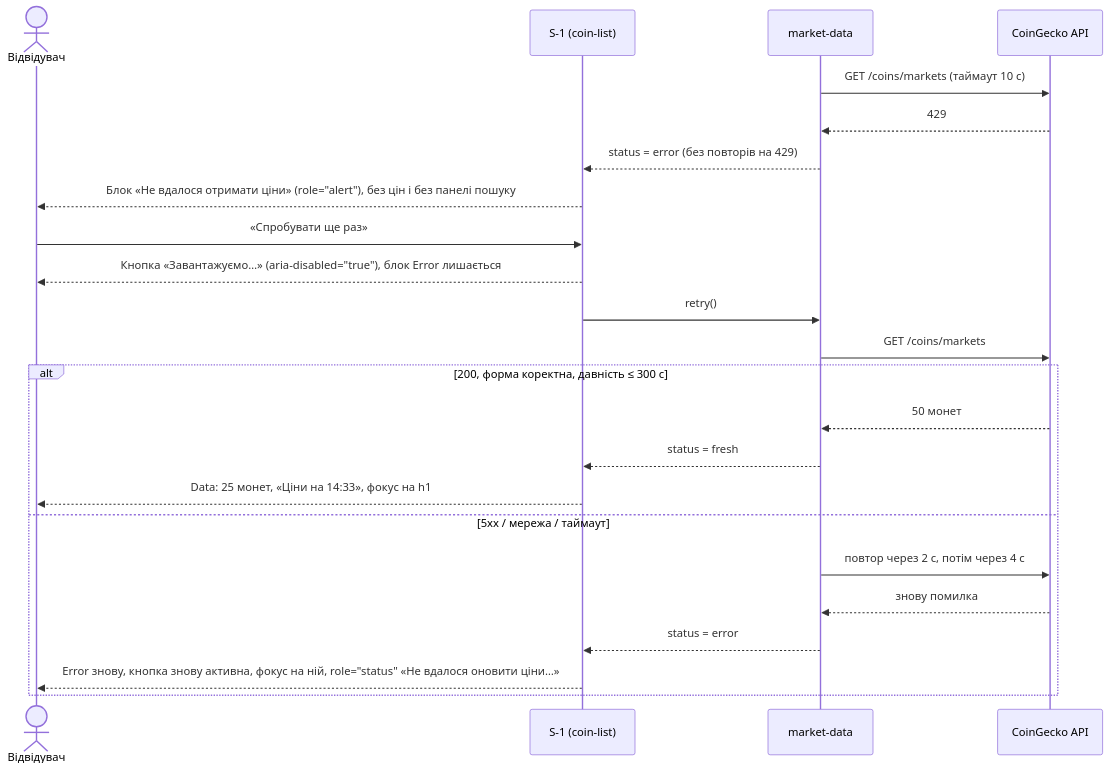
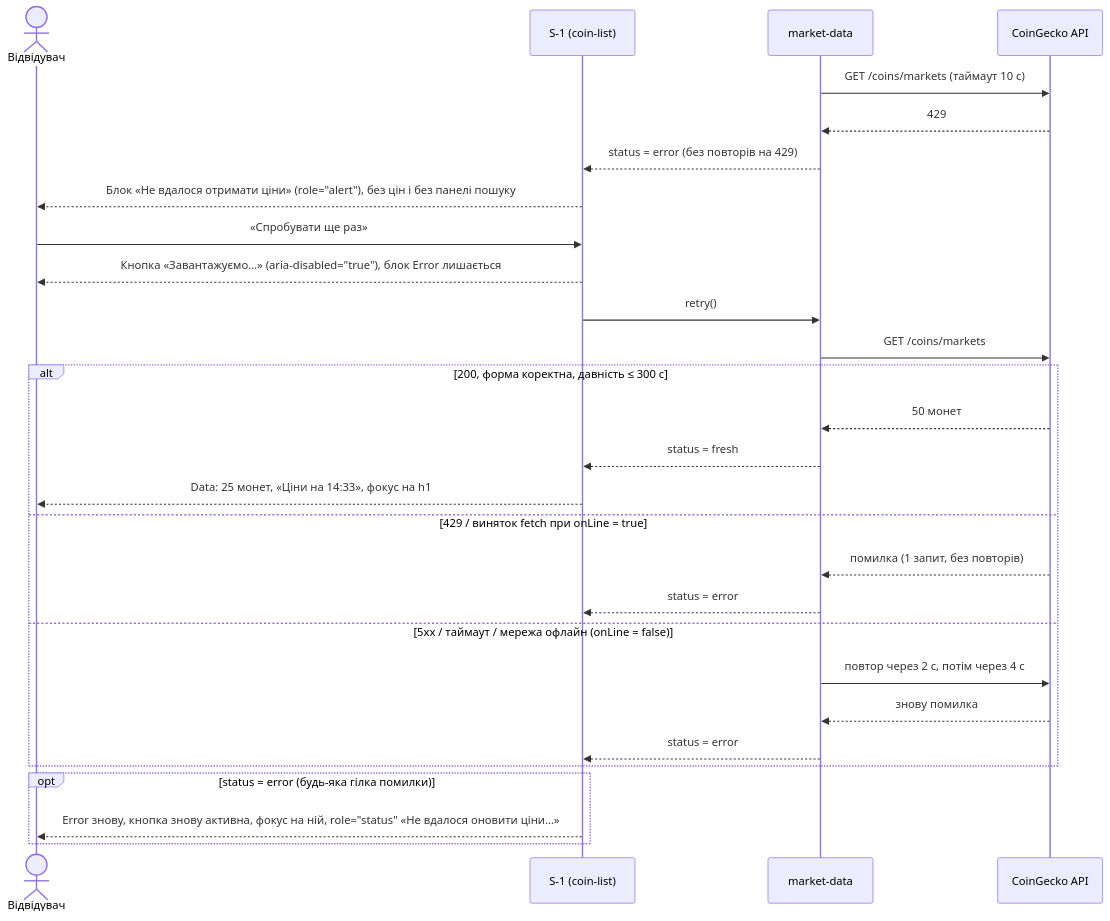
One commit to ivangithubed/crypto-radar changed the second of 5 diagrams in .agentic/specs/04-ux-and-contract.md. Above: the diagram before and after it, drawn with Mermaid. The commit also changed other lines of this file and 2 other files, not shown here.

Commit message:
docs(stage-4): align network error retries with client after bug-001

````diff
--- a/.agentic/specs/04-ux-and-contract.md
+++ b/.agentic/specs/04-ux-and-contract.md
@@ -386,25 +386,30 @@
 ```mermaid
 sequenceDiagram
     actor V as Відвідувач
     participant UI as S-1 (coin-list)
     participant MD as market-data
     participant CG as CoinGecko API
     MD->>CG: GET /coins/markets (таймаут 10 с)
     CG-->>MD: 429
     MD-->>UI: status = error (без повторів на 429)
     UI-->>V: Блок «Не вдалося отримати ціни» (role="alert"), без цін і без панелі пошуку
     V->>UI: «Спробувати ще раз»
     UI-->>V: Кнопка «Завантажуємо…» (aria-disabled="true"), блок Error лишається
     UI->>MD: retry()
     MD->>CG: GET /coins/markets
     alt 200, форма коректна, давність ≤ 300 с
         CG-->>MD: 50 монет
         MD-->>UI: status = fresh
         UI-->>V: Data: 25 монет, «Ціни на 14:33», фокус на h1
-    else 5xx / мережа / таймаут
+    else 429 / виняток fetch при onLine = true
+        CG-->>MD: помилка (1 запит, без повторів)
+        MD-->>UI: status = error
+    else 5xx / таймаут / мережа офлайн (onLine = false)
         MD->>CG: повтор через 2 с, потім через 4 с
         CG-->>MD: знову помилка
         MD-->>UI: status = error
+    end
+    opt status = error (будь-яка гілка помилки)
         UI-->>V: Error знову, кнопка знову активна, фокус на ній, role="status" «Не вдалося оновити ціни…»
     end
 ```
````
